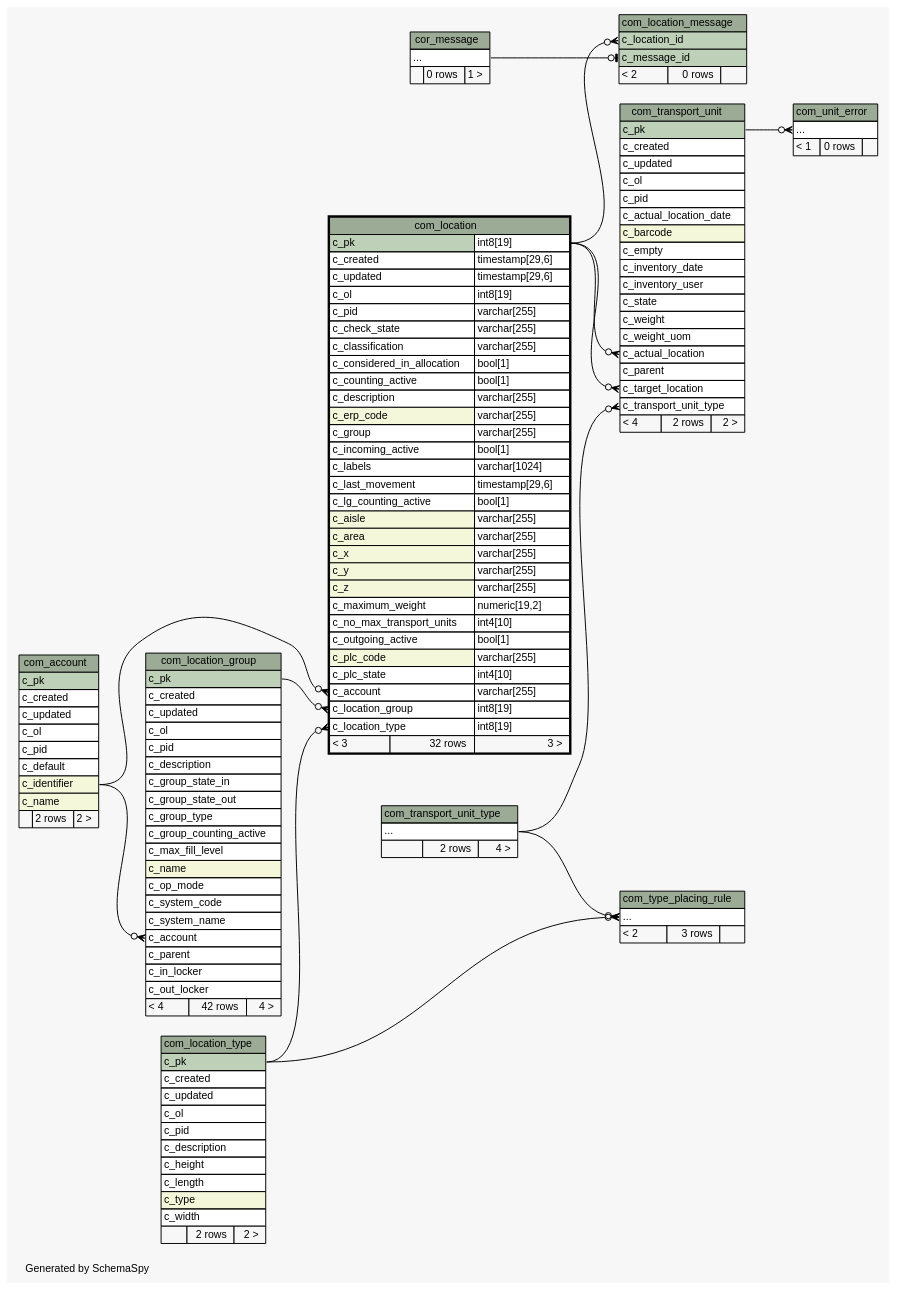
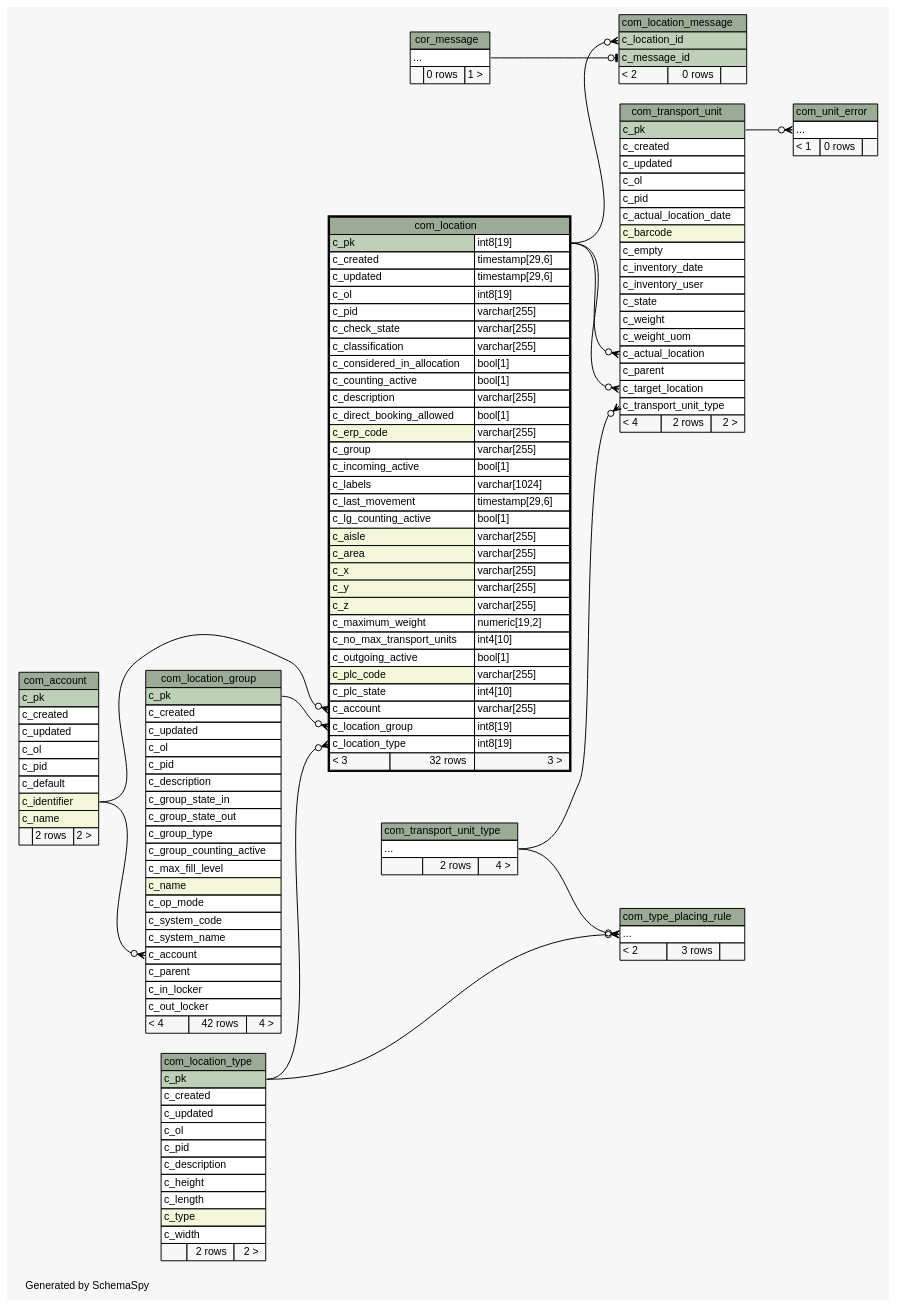
The diagram in 1.7.0-SNAPSHOT/schemaspy/diagrams/com_location.2degrees.dot (openwms/org.openwms.common.service.lib), drawn with Graphviz before and after one commit. The commit also changed 438 other files, not shown here.

```diff
--- a/1.7.0-SNAPSHOT/schemaspy/diagrams/com_location.2degrees.dot
+++ b/1.7.0-SNAPSHOT/schemaspy/diagrams/com_location.2degrees.dot
@@ -62,6 +62,7 @@
       <TR><TD PORT="c_considered_in_allocation" COLSPAN="2" ALIGN="LEFT">c_considered_in_allocation</TD><TD PORT="c_considered_in_allocation.type" ALIGN="LEFT">bool[1]</TD></TR>
       <TR><TD PORT="c_counting_active" COLSPAN="2" ALIGN="LEFT">c_counting_active</TD><TD PORT="c_counting_active.type" ALIGN="LEFT">bool[1]</TD></TR>
       <TR><TD PORT="c_description" COLSPAN="2" ALIGN="LEFT">c_description</TD><TD PORT="c_description.type" ALIGN="LEFT">varchar[255]</TD></TR>
+      <TR><TD PORT="c_direct_booking_allowed" COLSPAN="2" ALIGN="LEFT">c_direct_booking_allowed</TD><TD PORT="c_direct_booking_allowed.type" ALIGN="LEFT">bool[1]</TD></TR>
       <TR><TD PORT="c_erp_code" COLSPAN="2" BGCOLOR="#f4f7da" ALIGN="LEFT">c_erp_code</TD><TD PORT="c_erp_code.type" ALIGN="LEFT">varchar[255]</TD></TR>
       <TR><TD PORT="c_group" COLSPAN="2" ALIGN="LEFT">c_group</TD><TD PORT="c_group.type" ALIGN="LEFT">varchar[255]</TD></TR>
       <TR><TD PORT="c_incoming_active" COLSPAN="2" ALIGN="LEFT">c_incoming_active</TD><TD PORT="c_incoming_active.type" ALIGN="LEFT">bool[1]</TD></TR>
```
